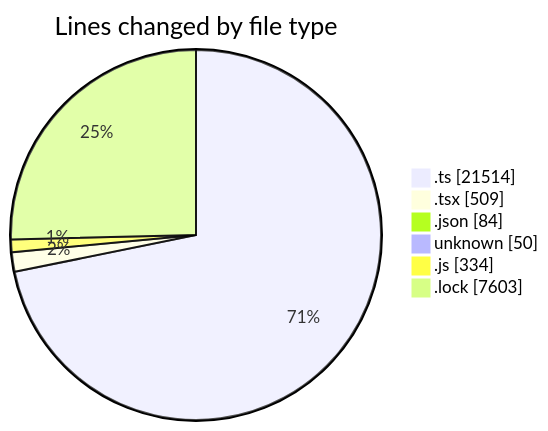
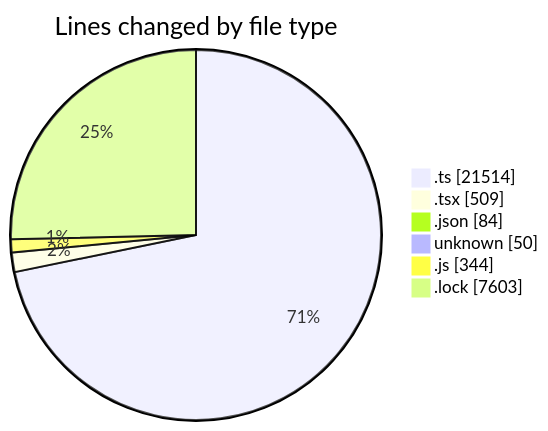
The first of 2 diagrams in 2025-11-28/cda/README.md (momahboobian/code-tracking), drawn with Mermaid before and after one commit. The commit also changed other lines of this file and 1 other file, not shown here.

````diff
--- a/2025-11-28/cda/README.md
+++ b/2025-11-28/cda/README.md
@@ -33,10 +33,10 @@
 ```mermaid
 pie showData
 title Lines changed by file type
 ".ts" : 21514
 ".tsx" : 509
 ".json" : 84
 "unknown" : 50
-".js" : 334
+".js" : 344
 ".lock" : 7603
 ```
````
